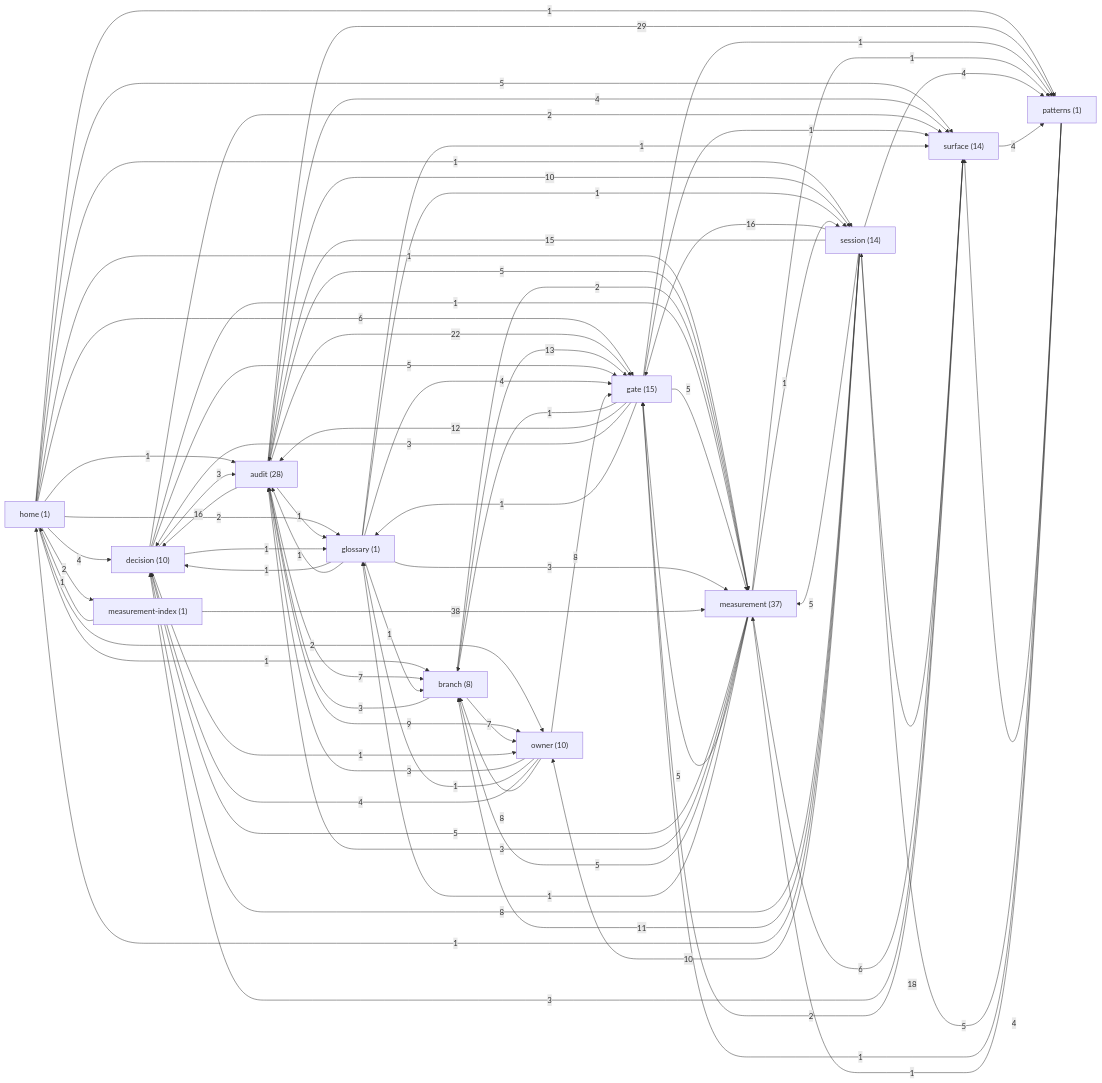
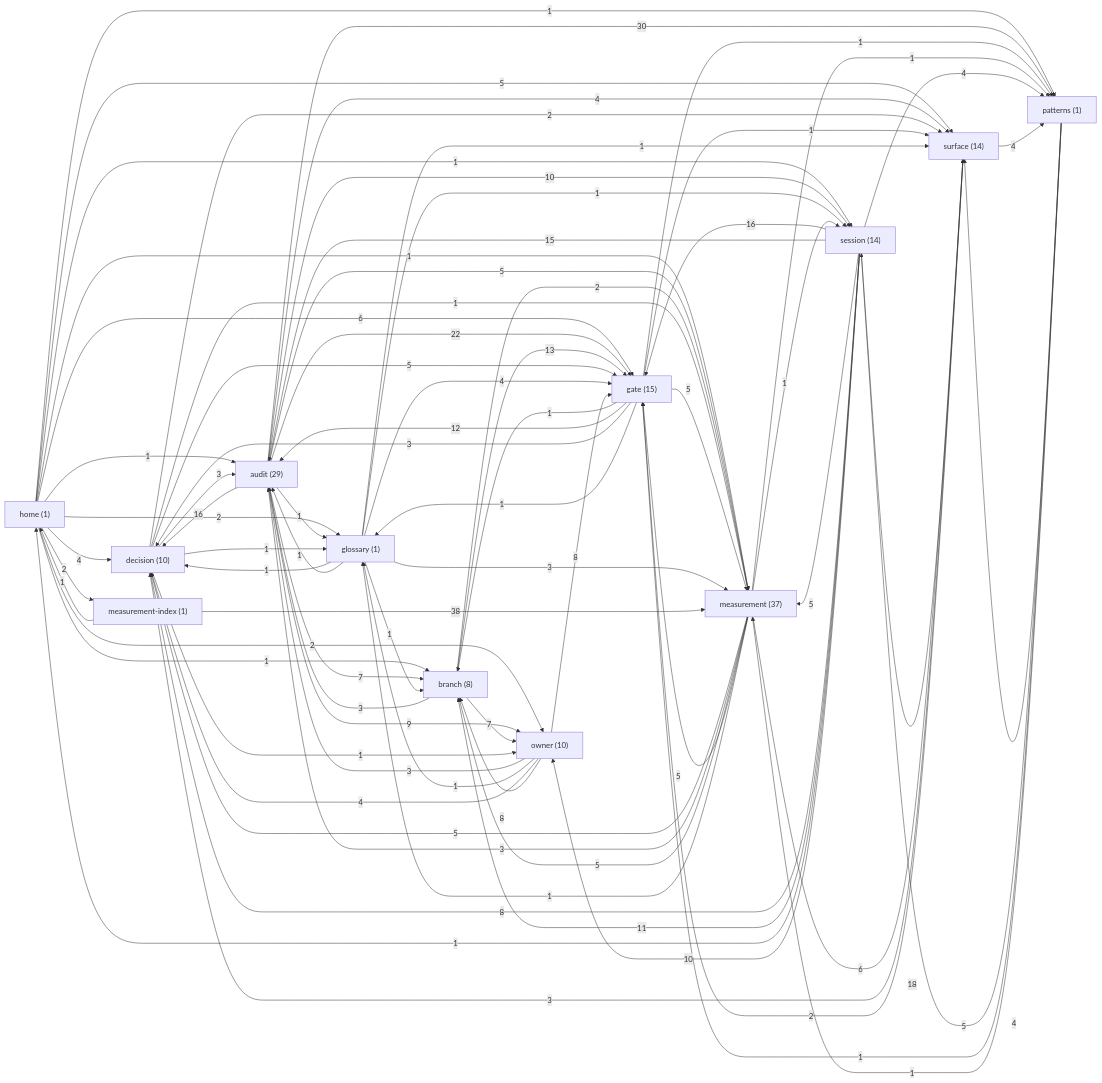
Before and after one commit to sergey9519546/STORYMACHINE: the diagram in docs/brain/GRAPH.md, drawn with Mermaid. The commit also changed other lines of this file and 1 other file, not shown here.

Commit message:
docs(brain): regenerate graph for dead-weight-b3 audit note
Claude-Session: https://claude.ai/code/session_018Z5iZ1M9Z1KR3tDYhxUKGd

````diff
--- a/docs/brain/GRAPH.md
+++ b/docs/brain/GRAPH.md
@@ -9,7 +9,7 @@
 ```mermaid
 graph LR
   home["home (1)"]
-  audit["audit (28)"]
+  audit["audit (29)"]
   branch["branch (8)"]
   decision["decision (10)"]
   gate["gate (15)"]
@@ -36,7 +36,7 @@
   audit -->|7| branch
   audit -->|22| gate
   audit -->|16| decision
-  audit -->|29| patterns
+  audit -->|30| patterns
   audit -->|9| owner
   audit -->|4| surface
   audit -->|5| measurement
````
